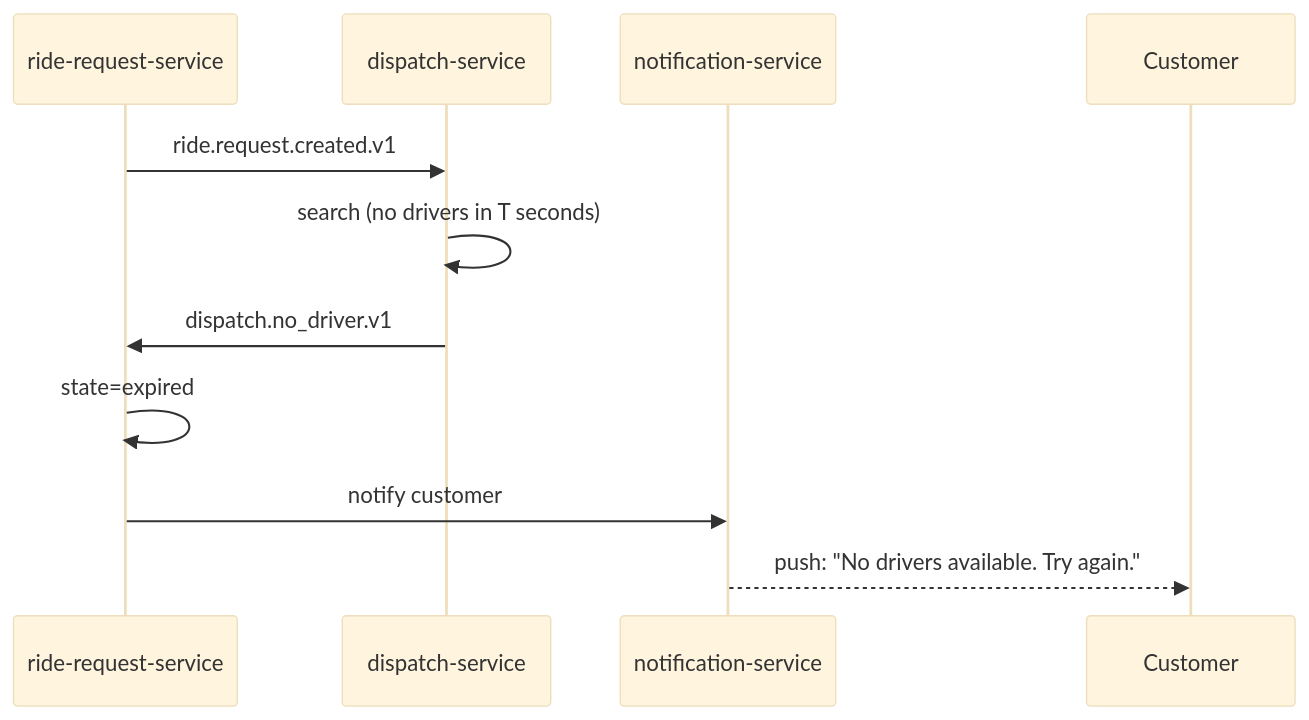
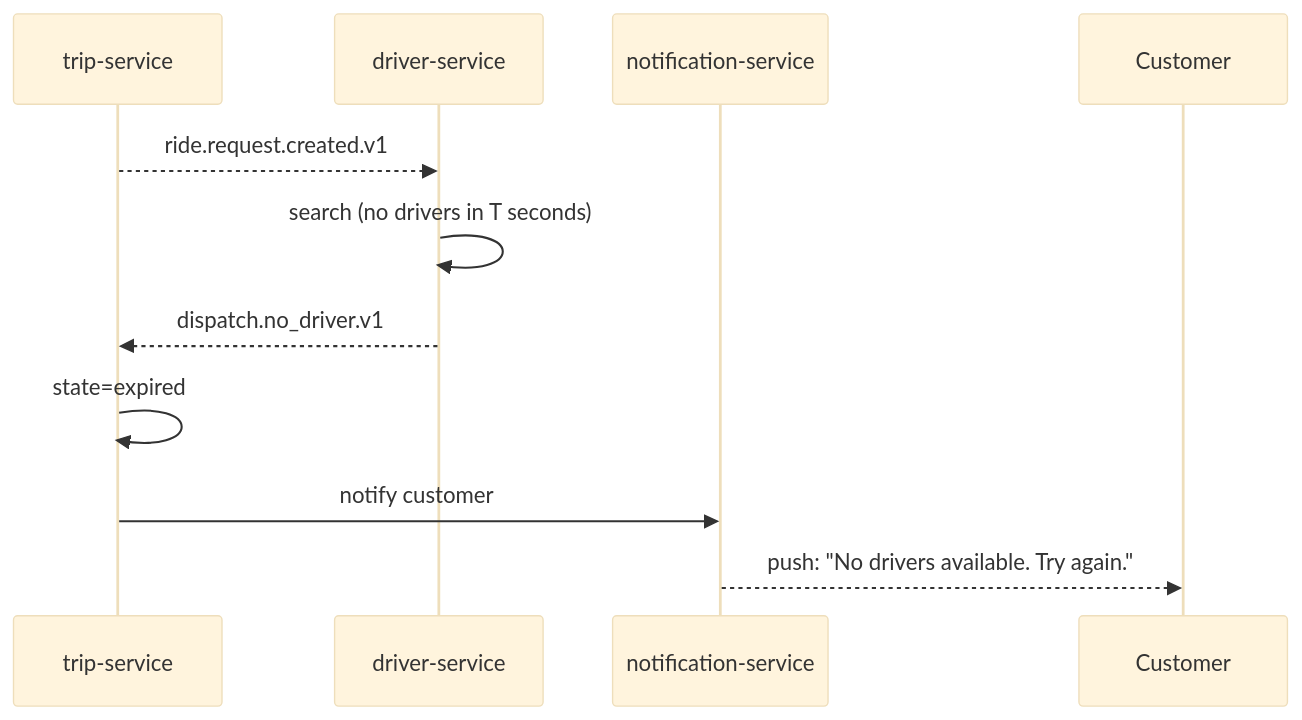
The tenth of 14 diagrams in docs/workflows/RIDE_WORKFLOWS.md (mohamedhabibwork/trips-enjoy-docs), drawn with Mermaid (base theme) before and after one commit. The commit also changed other lines of this file and 525 other files, not shown here.

````diff
--- a/docs/workflows/RIDE_WORKFLOWS.md
+++ b/docs/workflows/RIDE_WORKFLOWS.md
@@ -265,14 +257,14 @@
 ```mermaid
 sequenceDiagram
-    participant RR as ride-request-service
-    participant DSP as dispatch-service
+    participant TR as trip-service
+    participant DRV as driver-service
     participant NOT as notification-service
     participant C as Customer
 
-    RR->>DSP: ride.request.created.v1
-    DSP->>DSP: search (no drivers in T seconds)
-    DSP->>RR: dispatch.no_driver.v1
-    RR->>RR: state=expired
-    RR->>NOT: notify customer
+    TR-->>DRV: ride.request.created.v1
+    DRV->>DRV: search (no drivers in T seconds)
+    DRV-->>TR: dispatch.no_driver.v1
+    TR->>TR: state=expired
+    TR->>NOT: notify customer
     NOT-->>C: push: "No drivers available. Try again."
 ```
````
